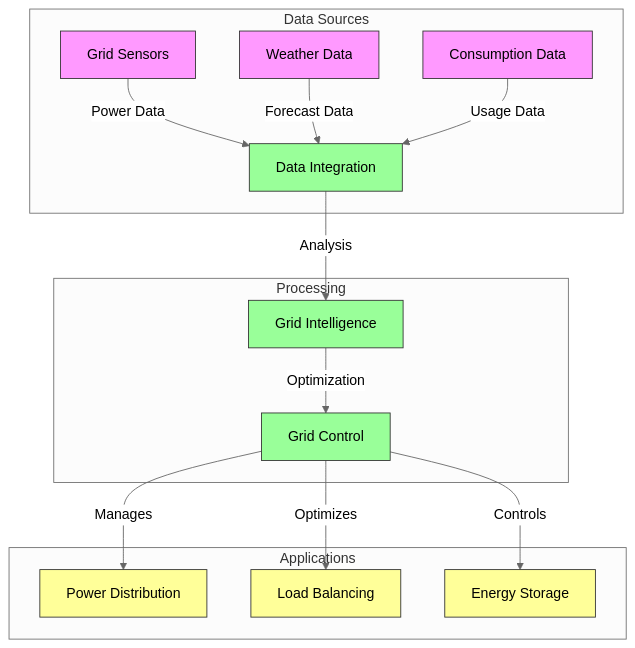
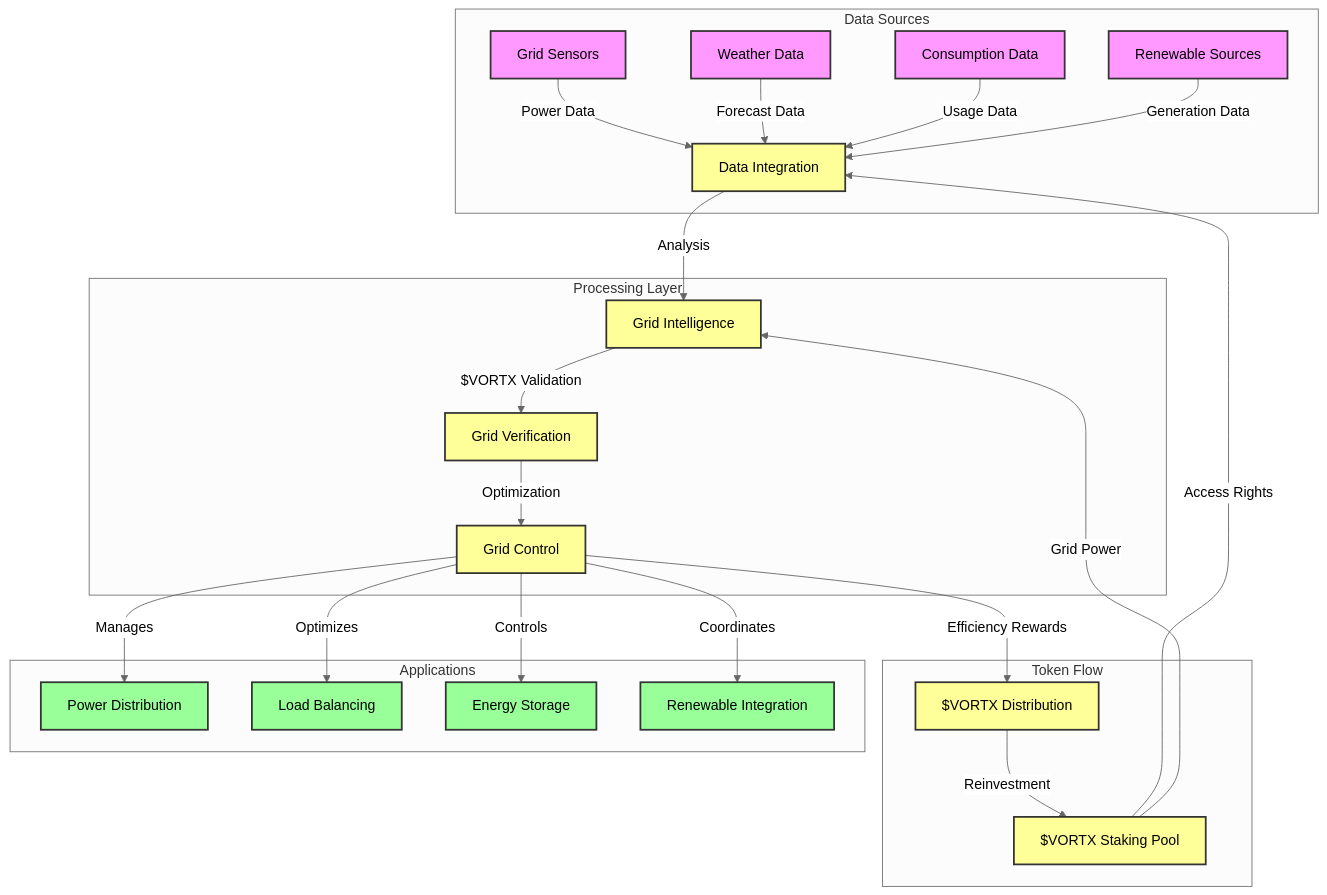
Before and after one commit to Vortx-AI/synthetic-satellite: the fourth of 5 diagrams in docs/whitepapers/industry-scenarios.md, drawn with Mermaid (neutral theme). The commit also changed other lines of this file and 2 other files, not shown here.

````diff
--- a/docs/whitepapers/industry-scenarios.md
+++ b/docs/whitepapers/industry-scenarios.md
@@ -186,27 +222,39 @@
 ```mermaid
 graph TD
     subgraph Data Sources
-        D1[Grid Sensors] -->|Power Data| P1
+        D1[Grid Sensors] -->|Power Data| P1[Data Integration]
         D2[Weather Data] -->|Forecast Data| P1
         D3[Consumption Data] -->|Usage Data| P1
+        D4[Renewable Sources] -->|Generation Data| P1
     end
     
-    subgraph Processing
-        P1[Data Integration] -->|Analysis| P2[Grid Intelligence]
-        P2 -->|Optimization| P3[Grid Control]
+    subgraph Processing Layer
+        P1 -->|Analysis| P2[Grid Intelligence]
+        P2 -->|$VORTX Validation| P3[Grid Verification]
+        P3 -->|Optimization| P4[Grid Control]
+    end
+    
+    subgraph Token Flow
+        T1[$VORTX Staking Pool] -->|Access Rights| P1
+        T1 -->|Grid Power| P2
+        P4 -->|Efficiency Rewards| T2[$VORTX Distribution]
+        T2 -->|Reinvestment| T1
     end
     
     subgraph Applications
-        P3 -->|Manages| A1[Power Distribution]
-        P3 -->|Optimizes| A2[Load Balancing]
-        P3 -->|Controls| A3[Energy Storage]
+        P4 -->|Manages| A1[Power Distribution]
+        P4 -->|Optimizes| A2[Load Balancing]
+        P4 -->|Controls| A3[Energy Storage]
+        P4 -->|Coordinates| A4[Renewable Integration]
     end
     
-    classDef source fill:#f9f,stroke:#333
-    classDef process fill:#9f9,stroke:#333
-    classDef app fill:#ff9,stroke:#333
+    classDef source fill:#f9f,stroke:#333,stroke-width:2px
+    classDef process fill:#ff9,stroke:#333,stroke-width:2px
+    classDef token fill:#ff9,stroke:#333,stroke-width:2px
+    classDef app fill:#9f9,stroke:#333,stroke-width:2px
     
-    class D1,D2,D3 source
-    class P1,P2,P3 process
-    class A1,A2,A3 app
+    class D1,D2,D3,D4 source
+    class P1,P2,P3,P4 process
+    class T1,T2 token
+    class A1,A2,A3,A4 app
 ```
````
